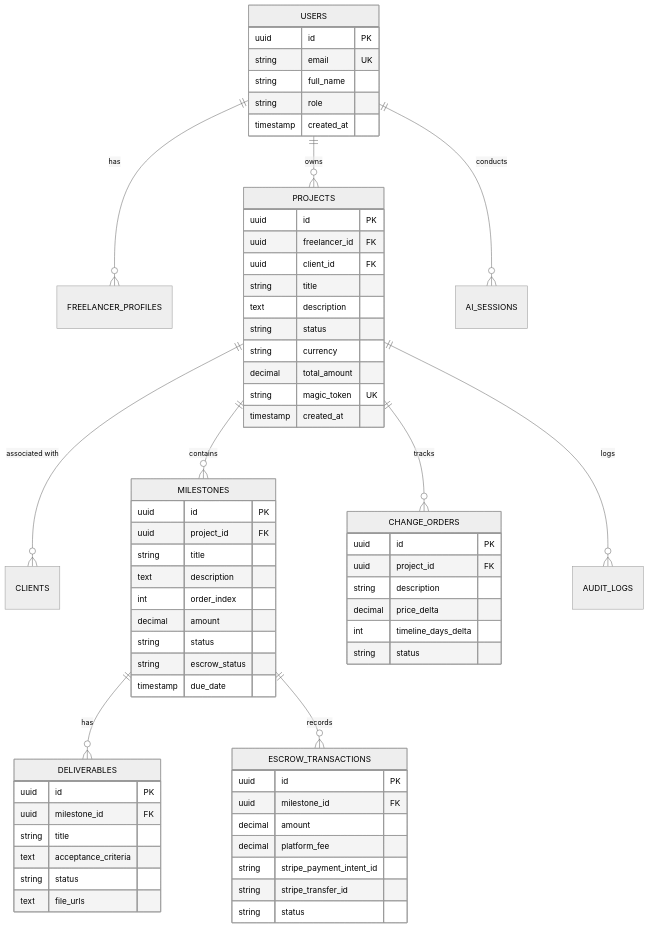
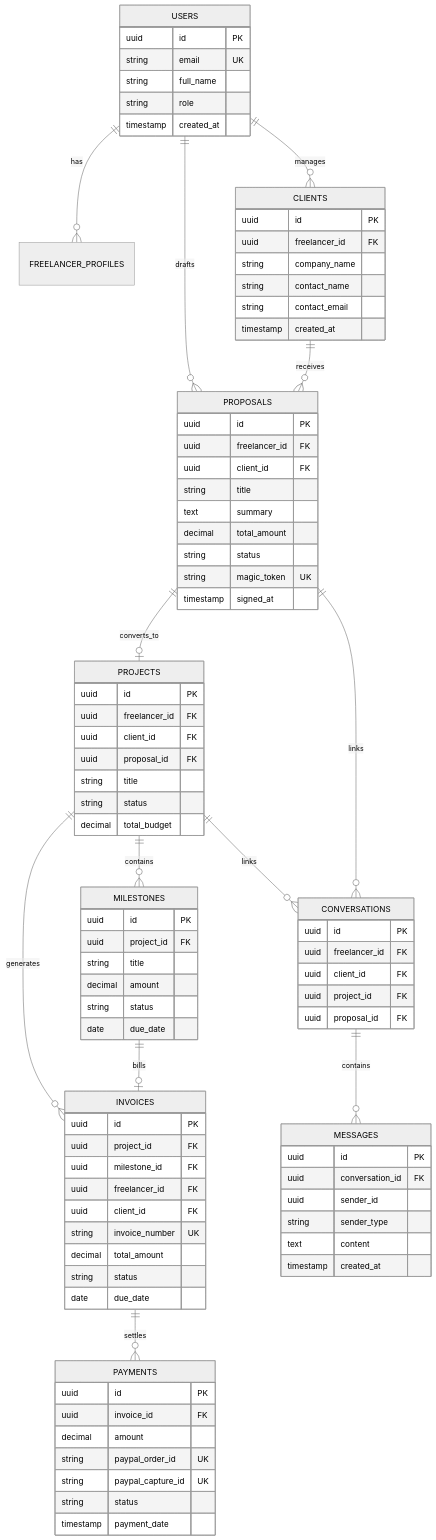
One commit to chiragdebugs/scope2pay-ai changed the diagram in docs/DATABASE_SCHEMA.md. Above: the diagram before and after it, drawn with Mermaid (neutral theme). The commit also changed other lines of this file and 6 other files, not shown here.

Commit message:
fix(docs): align architecture with React/Vite, FastAPI, Supabase, Groq, and PayPal stack

````diff
--- a/docs/DATABASE_SCHEMA.md
+++ b/docs/DATABASE_SCHEMA.md
@@ -12,14 +12,17 @@
 ```mermaid
 erDiagram
     USERS ||--o{ FREELANCER_PROFILES : has
-    USERS ||--o{ PROJECTS : owns
-    PROJECTS ||--o{ CLIENTS : "associated with"
+    USERS ||--o{ CLIENTS : manages
+    USERS ||--o{ PROPOSALS : drafts
+    CLIENTS ||--o{ PROPOSALS : receives
+    PROPOSALS ||--o| PROJECTS : converts_to
     PROJECTS ||--o{ MILESTONES : contains
-    MILESTONES ||--o{ DELIVERABLES : has
-    PROJECTS ||--o{ CHANGE_ORDERS : tracks
-    MILESTONES ||--o{ ESCROW_TRANSACTIONS : records
-    PROJECTS ||--o{ AUDIT_LOGS : logs
-    USERS ||--o{ AI_SESSIONS : conducts
+    PROJECTS ||--o{ INVOICES : generates
+    MILESTONES ||--o| INVOICES : bills
+    INVOICES ||--o{ PAYMENTS : settles
+    PROJECTS ||--o{ CONVERSATIONS : links
+    PROPOSALS ||--o{ CONVERSATIONS : links
+    CONVERSATIONS ||--o{ MESSAGES : contains
 
     USERS {
         uuid id PK
@@ -29,56 +32,82 @@
         timestamp created_at
     }
 
+    CLIENTS {
+        uuid id PK
+        uuid freelancer_id FK
+        string company_name
+        string contact_name
+        string contact_email
+        timestamp created_at
+    }
+
+    PROPOSALS {
+        uuid id PK
+        uuid freelancer_id FK
+        uuid client_id FK
+        string title
+        text summary
+        decimal total_amount
+        string status
+        string magic_token UK
+        timestamp signed_at
+    }
+
     PROJECTS {
         uuid id PK
         uuid freelancer_id FK
         uuid client_id FK
+        uuid proposal_id FK
         string title
-        text description
         string status
-        string currency
-        decimal total_amount
-        string magic_token UK
-        timestamp created_at
+        decimal total_budget
     }
 
     MILESTONES {
         uuid id PK
         uuid project_id FK
         string title
-        text description
-        int order_index
         decimal amount
         string status
-        string escrow_status
-        timestamp due_date
+        date due_date
     }
 
-    DELIVERABLES {
+    INVOICES {
         uuid id PK
+        uuid project_id FK
         uuid milestone_id FK
-        string title
-        text acceptance_criteria
+        uuid freelancer_id FK
+        uuid client_id FK
+        string invoice_number UK
+        decimal total_amount
         string status
-        text file_urls
+        date due_date
     }
 
-    ESCROW_TRANSACTIONS {
+    PAYMENTS {
         uuid id PK
-        uuid milestone_id FK
+        uuid invoice_id FK
         decimal amount
-        decimal platform_fee
-        string stripe_payment_intent_id
-        string stripe_transfer_id
+        string paypal_order_id UK
+        string paypal_capture_id UK
         string status
+        timestamp payment_date
     }
 
-    CHANGE_ORDERS {
+    CONVERSATIONS {
         uuid id PK
+        uuid freelancer_id FK
+        uuid client_id FK
         uuid project_id FK
-        string description
-        decimal price_delta
-        int timeline_days_delta
-        string status
+        uuid proposal_id FK
+    }
+
+    MESSAGES {
+        uuid id PK
+        uuid conversation_id FK
+        uuid sender_id
+        string sender_type
+        text content
+        timestamp created_at
     }
 ```
````
